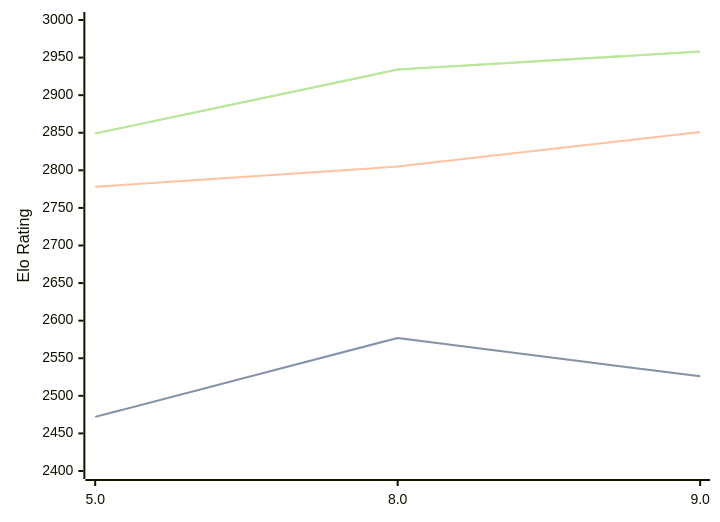
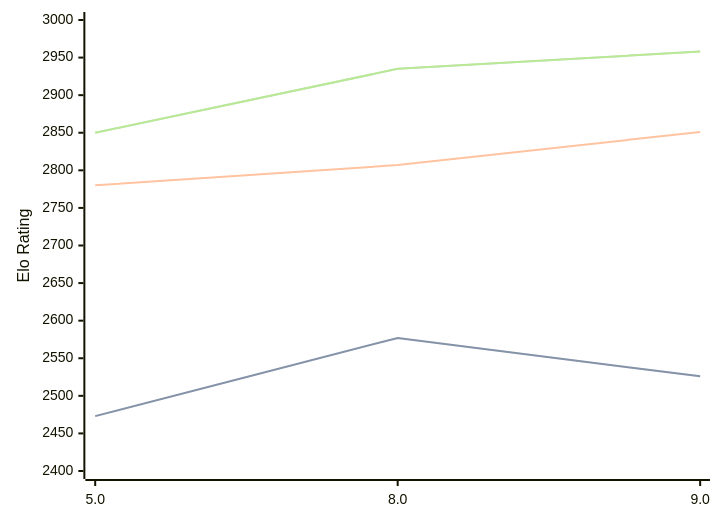
The diagram in engines/4kc.md (computer-chess-index/cci), drawn with Mermaid before and after one commit. The commit also changed other lines of this file, not shown here.

Commit message:
Update CCI Ratings (ELO VLTC) - 2026-07-25

````diff
--- a/engines/4kc.md
+++ b/engines/4kc.md
@@ -42,11 +42,11 @@
 ```mermaid
 %%{init: {"theme":"base","themeVariables":{"seriesColors:['#a3a3a3','#222221','#faa371']}}}%%
 xychart-beta
   x-axis ["5.0", "8.0", "9.0"]
   y-axis "Elo Rating" 2400 --> 3000
-  line "STC (8.0+0.08s)" [2472, 2577, 2526]
-  line "STC (8.0+0.08s)" [2472, 2577, 2526]
-  line "LTC (60.0+0.60s)" [2778, 2805, 2851]
-  line "VLTC (2m24s+1.12s)" [2849, 2934, 2958]
-  line "VLTC (2m24s+1.12s)" [2849, 2934, 2958]
+  line "STC (8.0+0.08s)" [2473, 2577, 2526]
+  line "STC (8.0+0.08s)" [2473, 2577, 2526]
+  line "LTC (60.0+0.60s)" [2780, 2807, 2851]
+  line "VLTC (2m24s+1.12s)" [2850, 2935, 2958]
+  line "VLTC (2m24s+1.12s)" [2850, 2935, 2958]
 ```
````
